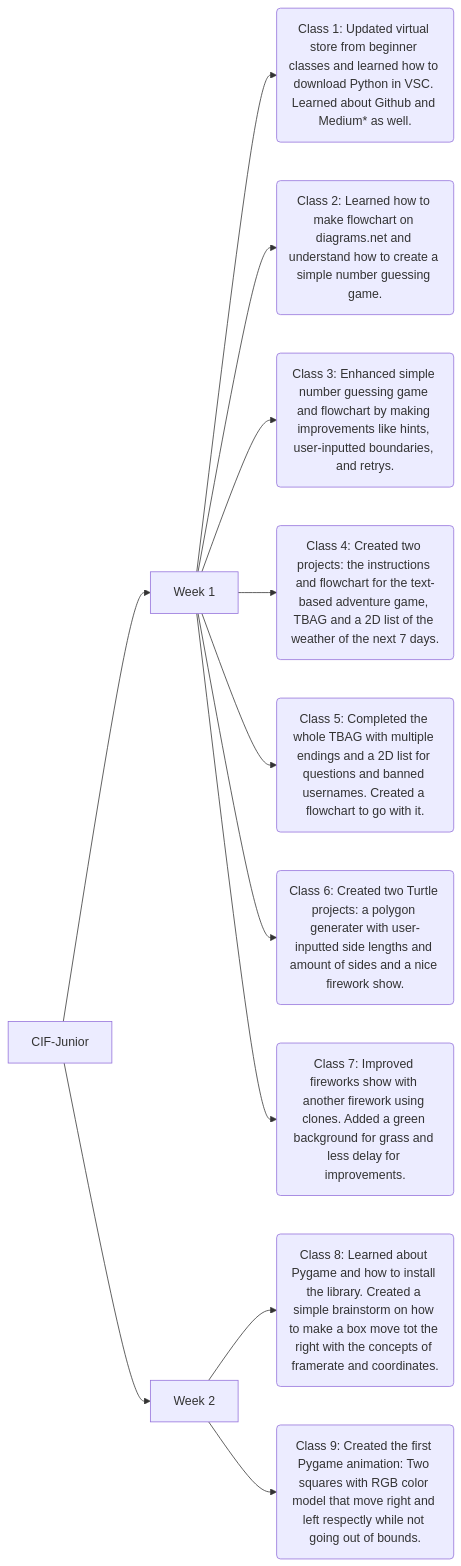
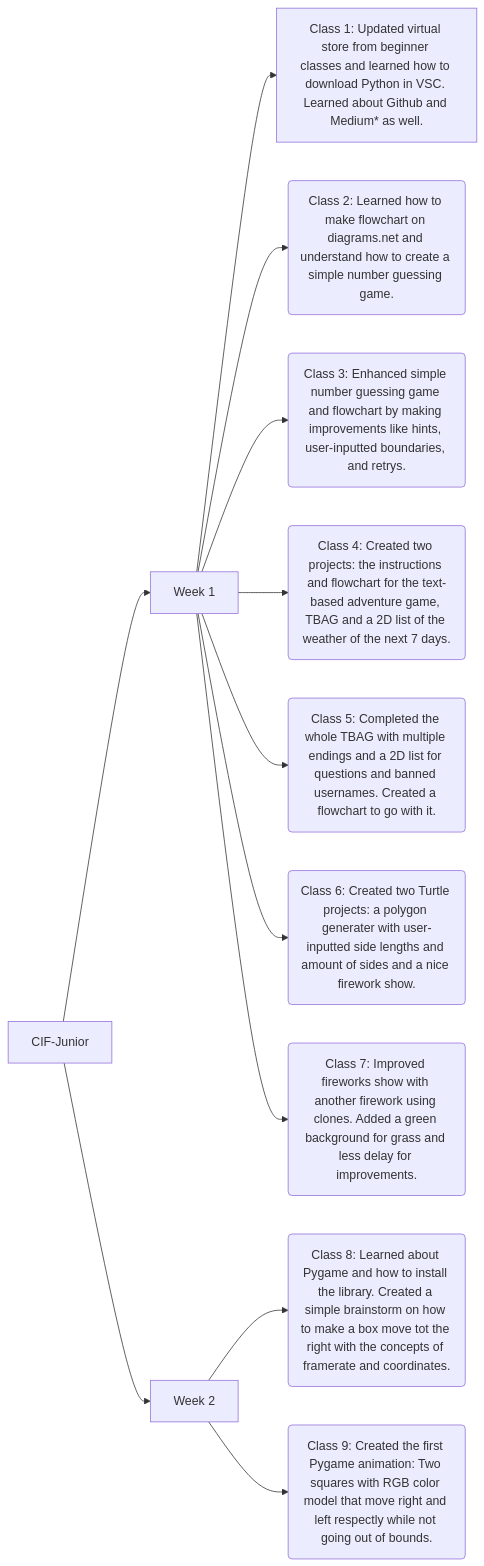
The diagram in README.md (deoclabber/CIF-Junior), drawn with Mermaid before and after one commit.

Commit message:
Fix formatting in README.md for Class 1 description

````diff
--- a/README.md
+++ b/README.md
@@ -10,15 +10,15 @@
 ```mermaid
 graph LR;
   A[CIF-Junior] --> B[Week 1];
   A --> C[Week 2];
-  B --> F(Class 1: Updated virtual store from beginner classes and learned how to download Python in VSC. Learned about Github and Medium* as well.);
+  B --> F[Class 1: Updated virtual store from beginner classes and learned how to download Python in VSC. Learned about Github and Medium* as well.];
   B --> G(Class 2: Learned how to make flowchart on diagrams.net and understand how to create a simple number guessing game.);
   B --> H(Class 3: Enhanced simple number guessing game and flowchart by making improvements like hints, user-inputted boundaries, and retrys.);
   B --> I(Class 4: Created two projects: the instructions and flowchart for the text-based adventure game, TBAG and a 2D list of the weather of the next 7 days.);
   B --> J(Class 5: Completed the whole TBAG with multiple endings and a 2D list for questions and banned usernames. Created a flowchart to go with it.);
   B --> K(Class 6: Created two Turtle projects: a polygon generater with user-inputted side lengths and amount of sides and a nice firework show.);
   B --> L(Class 7: Improved fireworks show with another firework using clones. Added a green background for grass and less delay for improvements.);
 
   C --> M(Class 8: Learned about Pygame and how to install the library. Created a simple brainstorm on how to make a box move tot the right with the concepts of framerate and coordinates.);
   C --> N(Class 9: Created the first Pygame animation: Two squares with RGB color model that move right and left respectly while not going out of bounds.);
 ```
````
